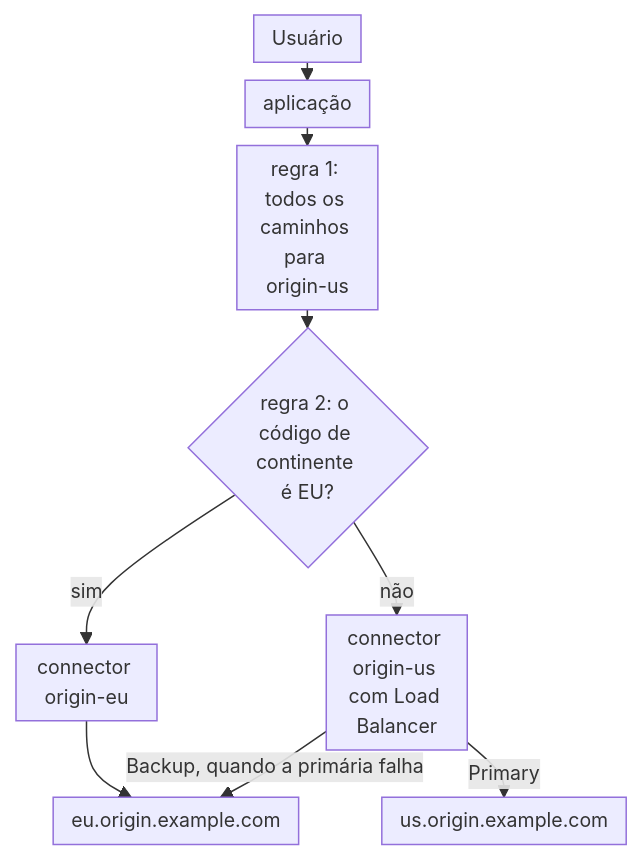
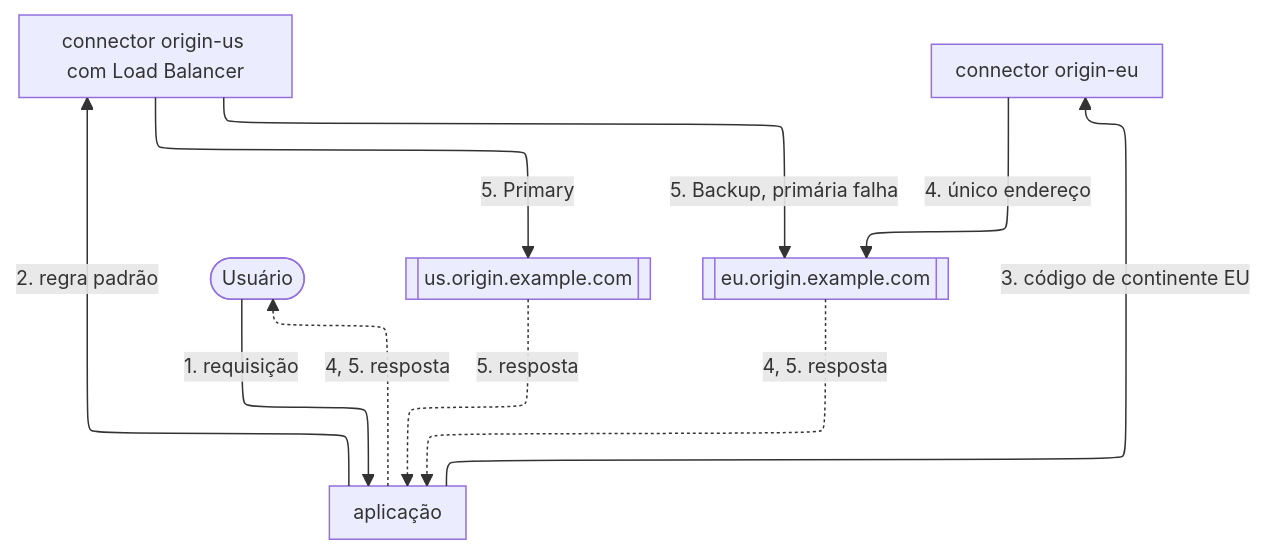
One commit to aziontech/docs changed the first of 2 diagrams in apps/docs/src/content/docs/pt-br/pages/casos-de-uso/melhorar-performance-e-confiabilidade/rotear-usuarios-para-origens-regionais.mdx. Above: the diagram before and after it, drawn with Mermaid. The commit also changed other lines of this file and 55 other files, not shown here.

Commit message:
docs(use-cases): redraw the use-case diagrams with the way back and check their claims (#2509)

````diff
--- a/apps/docs/src/content/docs/pt-br/pages/casos-de-uso/melhorar-performance-e-confiabilidade/rotear-usuarios-para-origens-regionais.mdx
+++ b/apps/docs/src/content/docs/pt-br/pages/casos-de-uso/melhorar-performance-e-confiabilidade/rotear-usuarios-para-origens-regionais.mdx
@@ -40,12 +42,19 @@
 ```mermaid
-%%{init: {"layout": "dagre", "themeVariables": {"fontSize": "13px"}, "flowchart": {"nodeSpacing": 12, "rankSpacing": 12, "padding": 6, "wrappingWidth": 70, "minNodeWidth": 40, "useMaxWidth": true}}}%%
+%%{init: {"layout": "elk", "themeVariables": {"fontSize": "13px"}, "flowchart": {"nodeSpacing": 24, "rankSpacing": 36, "padding": 8, "wrappingWidth": 150, "useMaxWidth": true}, "sequence": {"width": 120, "actorMargin": 30, "useMaxWidth": true}}}%%
 flowchart TD
-  User["Usuário"] --> App["aplicação"]
-  App --> Default["regra 1: todos os caminhos para origin-us"]
-  Default --> Geo{"regra 2: o código de continente é EU?"}
-  Geo -->|"sim"| EU["connector origin-eu"]
-  Geo -->|"não"| US["connector origin-us com Load Balancer"]
-  EU --> EUOrigin["eu.origin.example.com"]
-  US -->|"Primary"| USOrigin["us.origin.example.com"]
-  US -->|"Backup, quando a primária falha"| EUOrigin
+  User(["Usuário"])
+  App["aplicação"]
+  US["connector origin-us com Load Balancer"]
+  EU["connector origin-eu"]
+  USOrigin[["us.origin.example.com"]]
+  EUOrigin[["eu.origin.example.com"]]
+  User -->|"1. requisição"| App
+  App -->|"2. regra padrão"| US
+  App -->|"3. código de continente EU"| EU
+  US -->|"5. Primary"| USOrigin
+  US -->|"5. Backup, primária falha"| EUOrigin
+  EU -->|"4. único endereço"| EUOrigin
+  USOrigin -.->|"5. resposta"| App
+  EUOrigin -.->|"4, 5. resposta"| App
+  App -.->|"4, 5. resposta"| User
 ```
````
